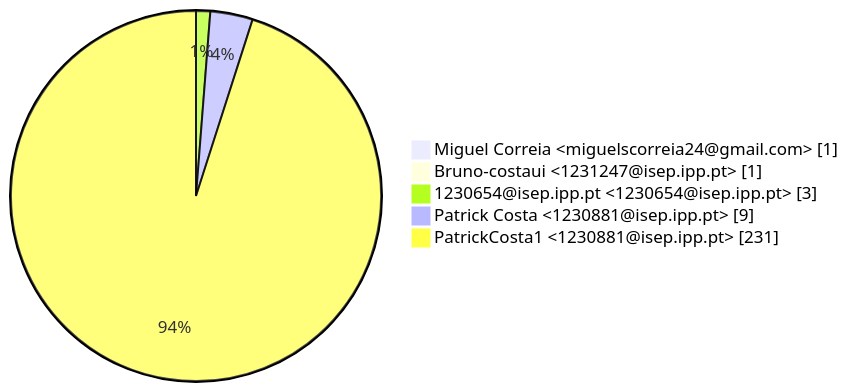
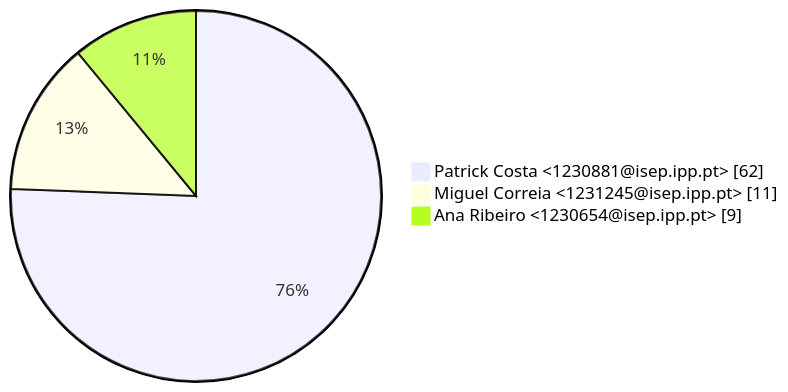
Before and after one commit to PatrickCosta1/LSIS1_Grupo_7_GitHub: the third of 3 diagrams in GitAnalysis/Sprint_1/Contributions.md, drawn with Mermaid. The commit also changed other lines of this file and 1 other file, not shown here.

````diff
--- a/GitAnalysis/Sprint_1/Contributions.md
+++ b/GitAnalysis/Sprint_1/Contributions.md
@@ -31,8 +25,6 @@
 ```mermaid
 pie showData
-    " Miguel Correia <miguelscorreia24@gmail.com>" : 1
-    " Bruno-costaui <1231247@isep.ipp.pt>" : 1
-    " 1230654@isep.ipp.pt <1230654@isep.ipp.pt>" : 3
-    " Patrick Costa <1230881@isep.ipp.pt>" : 9
-    " PatrickCosta1 <1230881@isep.ipp.pt>" : 231
+    " Patrick Costa <1230881@isep.ipp.pt>" : 62
+    " Miguel Correia <1231245@isep.ipp.pt>" : 11
+    " Ana Ribeiro <1230654@isep.ipp.pt>" : 9
 ```
````
